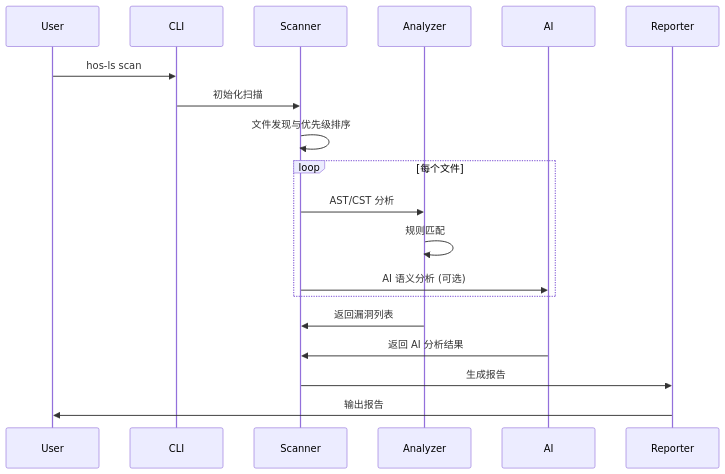
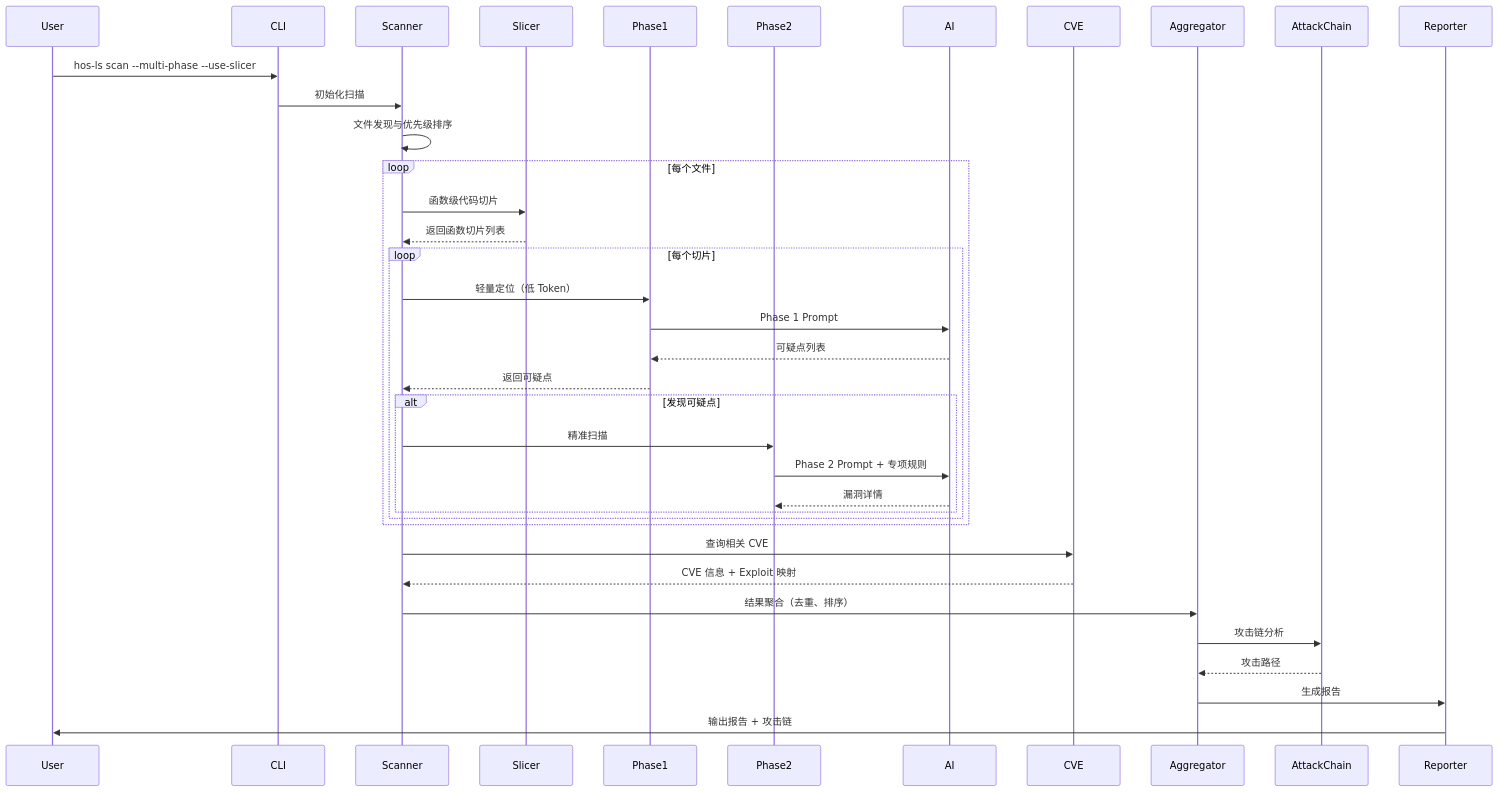
The second of 2 diagrams in README.md (lxcxjxhx/HOS-LS), drawn with Mermaid before and after one commit. The commit also changed other lines of this file and 37 other files, not shown here.

````diff
--- a/README.md
+++ b/README.md
@@ -425,24 +605,46 @@
 ```mermaid
 sequenceDiagram
     participant User
     participant CLI
     participant Scanner
-    participant Analyzer
+    participant Slicer
+    participant Phase1
+    participant Phase2
     participant AI
+    participant CVE
+    participant Aggregator
+    participant AttackChain
     participant Reporter
 
-    User->>CLI: hos-ls scan
+    User->>CLI: hos-ls scan --multi-phase --use-slicer
     CLI->>Scanner: 初始化扫描
     Scanner->>Scanner: 文件发现与优先级排序
     
     loop 每个文件
-        Scanner->>Analyzer: AST/CST 分析
-        Analyzer->>Analyzer: 规则匹配
-        Scanner->>AI: AI 语义分析 (可选)
+        Scanner->>Slicer: 函数级代码切片
+        Slicer-->>Scanner: 返回函数切片列表
+        
+        loop 每个切片
+            Scanner->>Phase1: 轻量定位（低 Token）
+            Phase1->>AI: Phase 1 Prompt
+            AI-->>Phase1: 可疑点列表
+            Phase1-->>Scanner: 返回可疑点
+            
+            alt 发现可疑点
+                Scanner->>Phase2: 精准扫描
+                Phase2->>AI: Phase 2 Prompt + 专项规则
+                AI-->>Phase2: 漏洞详情
+            end
+        end
     end
     
-    Analyzer->>Scanner: 返回漏洞列表
-    AI->>Scanner: 返回 AI 分析结果
-    Scanner->>Reporter: 生成报告
-    Reporter->>User: 输出报告
+    Scanner->>CVE: 查询相关 CVE
+    CVE-->>Scanner: CVE 信息 + Exploit 映射
+    
+    Scanner->>Aggregator: 结果聚合（去重、排序）
+    Aggregator->>AttackChain: 攻击链分析
+    AttackChain-->>Aggregator: 攻击路径
+    
+    Aggregator->>Reporter: 生成报告
+    Reporter->>User: 输出报告 + 攻击链
 ```
````
